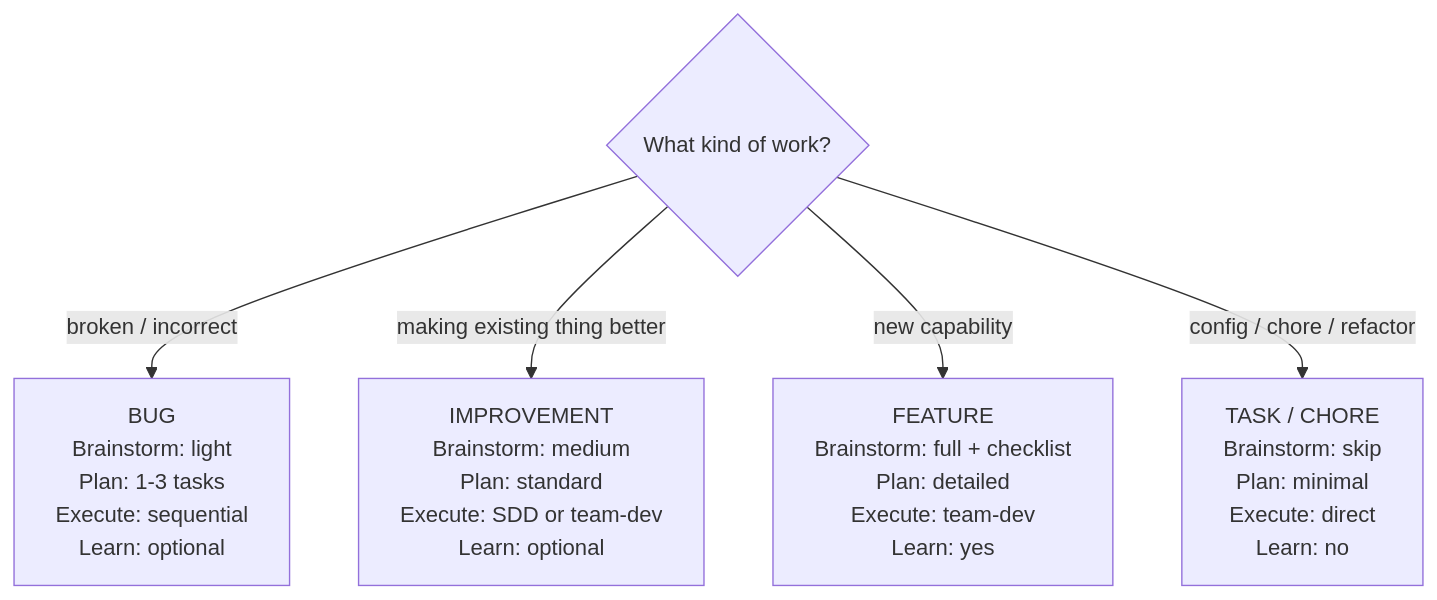
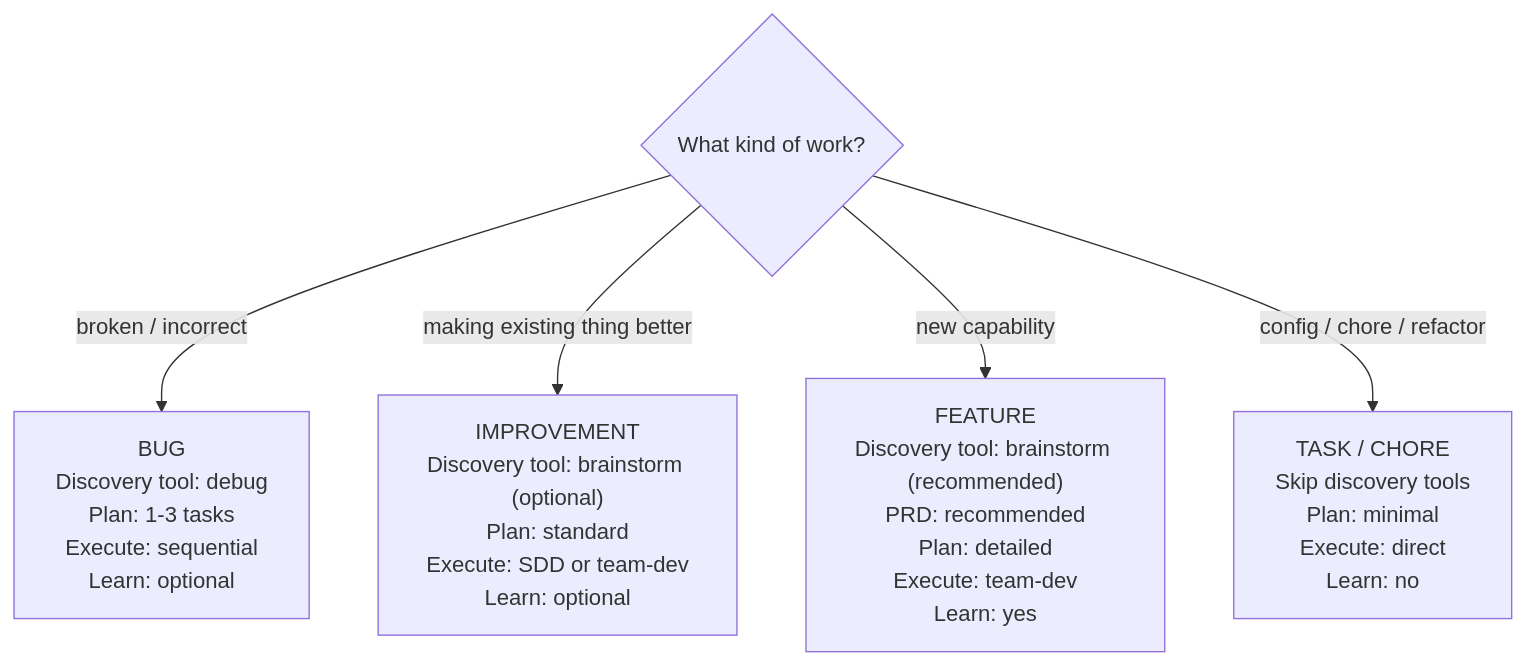
The second of 2 diagrams in core/skills/kickoff/SKILL.md (duronext/jig), drawn with Mermaid before and after one commit. The commit also changed other lines of this file, not shown here.

First line of the commit message:
refactor(core): kickoff diagram + transitions reflect new pipeline shape

````diff
--- a/core/skills/kickoff/SKILL.md
+++ b/core/skills/kickoff/SKILL.md
@@ -72,8 +80,8 @@
 ```mermaid
 graph TD
   start{"What kind of work?"}
-  start -->|broken / incorrect| bug["BUG<br/>Brainstorm: light<br/>Plan: 1-3 tasks<br/>Execute: sequential<br/>Learn: optional"]
-  start -->|making existing thing better| improvement["IMPROVEMENT<br/>Brainstorm: medium<br/>Plan: standard<br/>Execute: SDD or team-dev<br/>Learn: optional"]
-  start -->|new capability| feature["FEATURE<br/>Brainstorm: full + checklist<br/>Plan: detailed<br/>Execute: team-dev<br/>Learn: yes"]
-  start -->|config / chore / refactor| task["TASK / CHORE<br/>Brainstorm: skip<br/>Plan: minimal<br/>Execute: direct<br/>Learn: no"]
+  start -->|broken / incorrect| bug["BUG<br/>Discovery tool: debug<br/>Plan: 1-3 tasks<br/>Execute: sequential<br/>Learn: optional"]
+  start -->|making existing thing better| improvement["IMPROVEMENT<br/>Discovery tool: brainstorm (optional)<br/>Plan: standard<br/>Execute: SDD or team-dev<br/>Learn: optional"]
+  start -->|new capability| feature["FEATURE<br/>Discovery tool: brainstorm (recommended)<br/>PRD: recommended<br/>Plan: detailed<br/>Execute: team-dev<br/>Learn: yes"]
+  start -->|config / chore / refactor| task["TASK / CHORE<br/>Skip discovery tools<br/>Plan: minimal<br/>Execute: direct<br/>Learn: no"]
 ```
````
